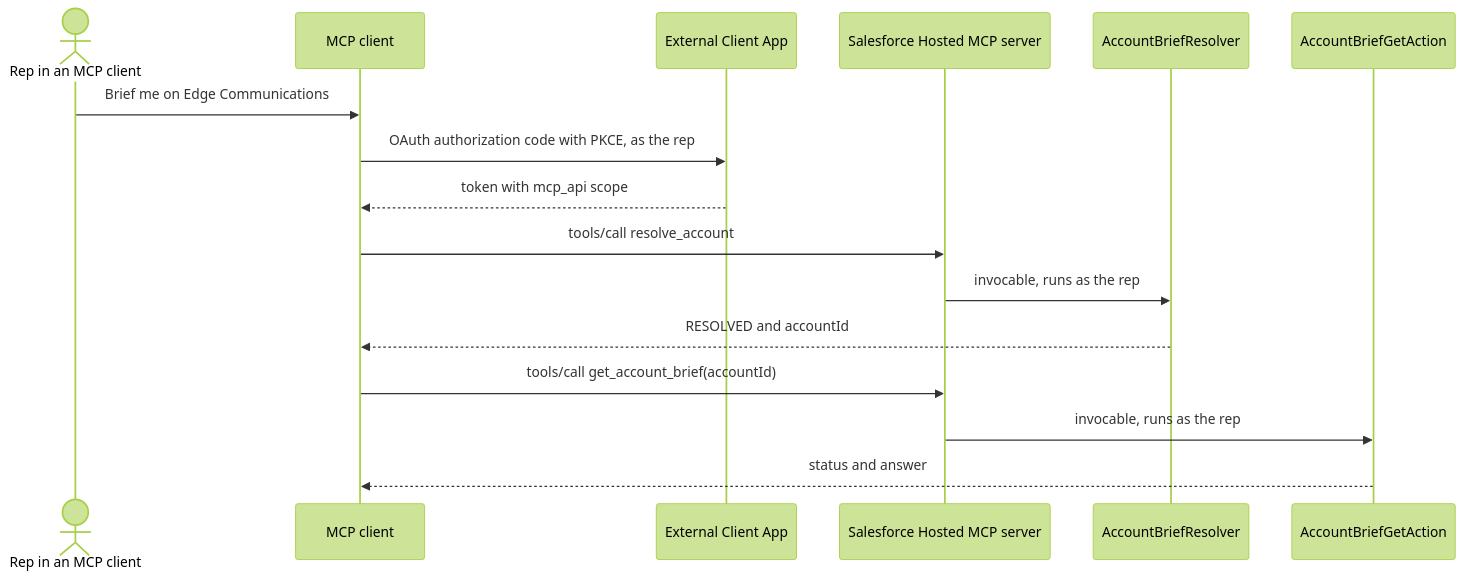
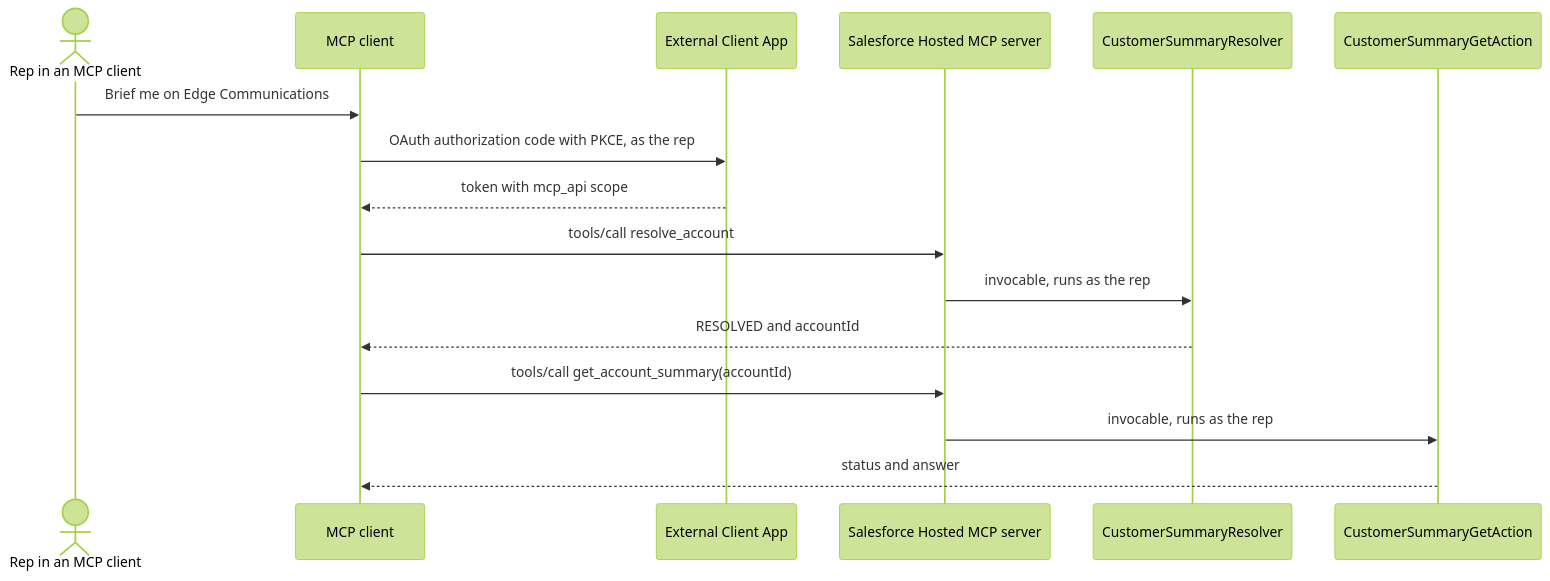
The diagram in docs/patterns/09-outside-door-mcp.md (nelsben/generic-agent), drawn with Mermaid (forest theme) before and after one commit. The commit also changed other lines of this file and 160 other files, not shown here.

First line of the commit message:
BE-23: FR2 rename in the repo, Account Brief becomes Customer Summary (GO)

````diff
--- a/docs/patterns/09-outside-door-mcp.md
+++ b/docs/patterns/09-outside-door-mcp.md
@@ -34,18 +34,18 @@
 ```mermaid
 sequenceDiagram
     actor U as Rep in an MCP client
     participant CL as MCP client
     participant ECA as External Client App
     participant MCP as Salesforce Hosted MCP server
-    participant RA as AccountBriefResolver
-    participant GA as AccountBriefGetAction
+    participant RA as CustomerSummaryResolver
+    participant GA as CustomerSummaryGetAction
     U->>CL: Brief me on Edge Communications
     CL->>ECA: OAuth authorization code with PKCE, as the rep
     ECA-->>CL: token with mcp_api scope
     CL->>MCP: tools/call resolve_account
     MCP->>RA: invocable, runs as the rep
     RA-->>CL: RESOLVED and accountId
-    CL->>MCP: tools/call get_account_brief(accountId)
+    CL->>MCP: tools/call get_account_summary(accountId)
     MCP->>GA: invocable, runs as the rep
     GA-->>CL: status and answer
 ```
````
